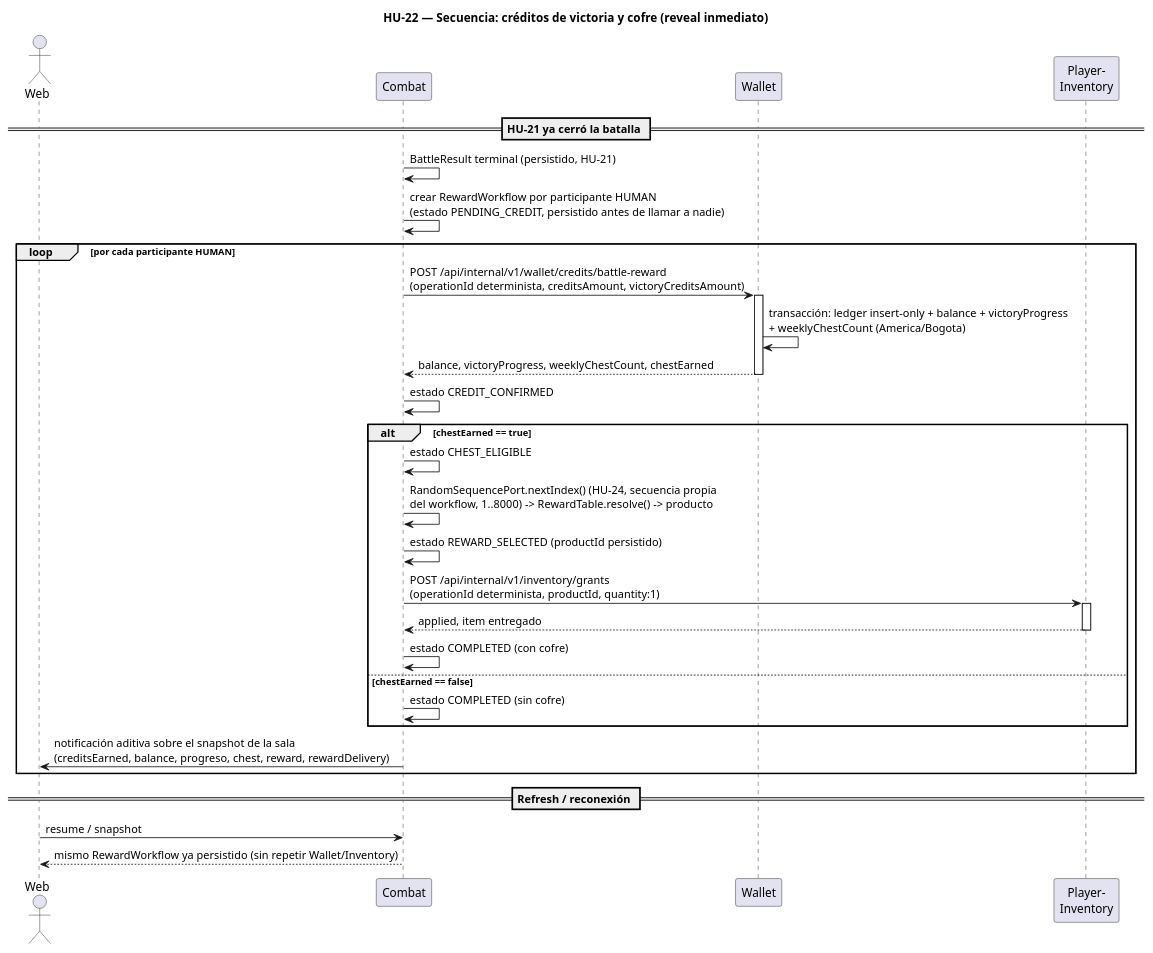
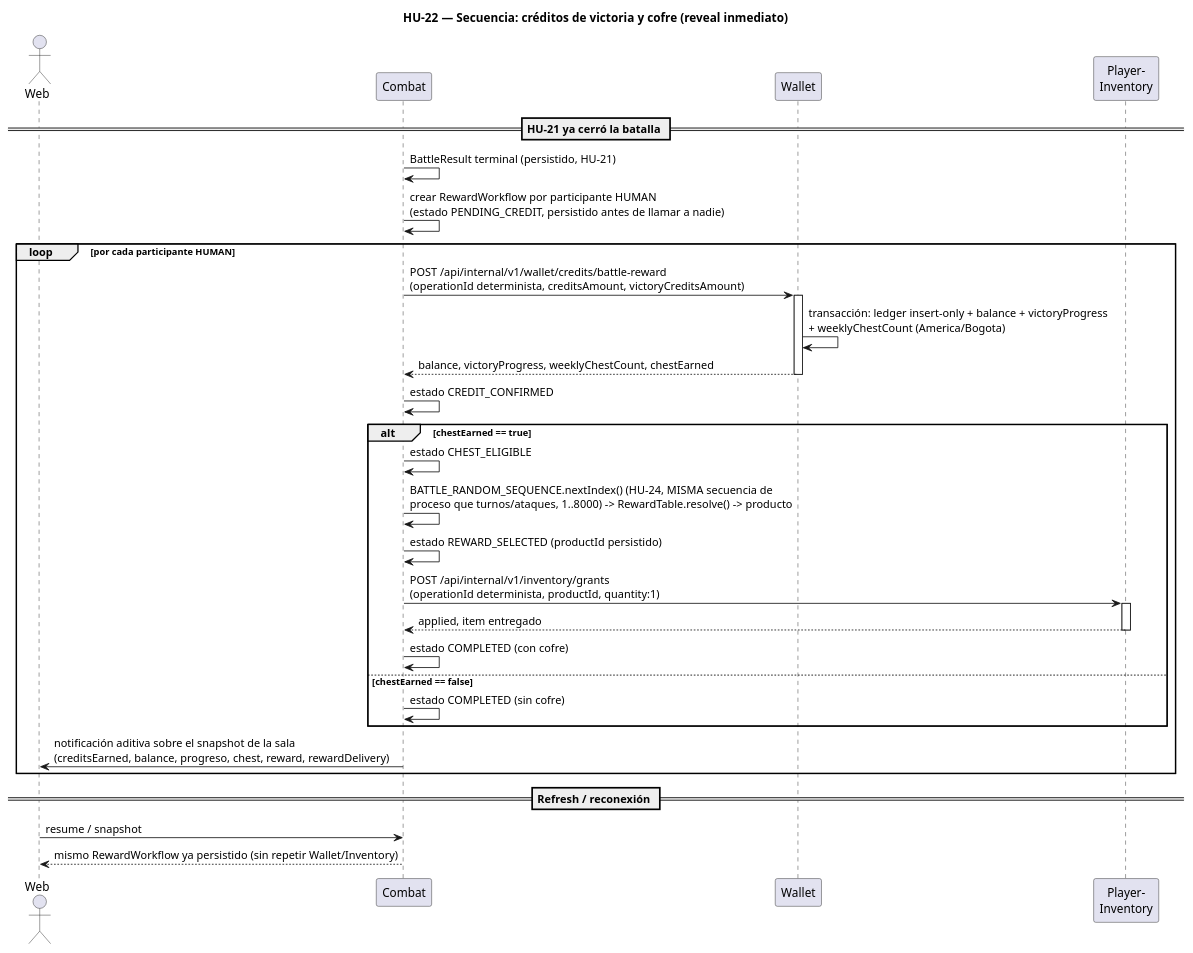
One commit to Nexus-Battle-VI/Nexus-Battle-Infrastructure changed the diagram in docs/diagrams/hu-22-sequence-reward.puml. Above: the diagram before and after it, drawn with PlantUML. The commit also changed 2 other files, not shown here.

Commit message:
docs(rewards): [HU-22] el cofre reutiliza la secuencia de proceso, no una propia
Seguí auditando antes de escribir código en Combat: app.module.ts prueba que
NO hay una secuencia por batalla ni por agregado. Existe una unica
BATTLE_RANDOM_SEQUENCE de PROCESO, sembrada una vez al arrancar (HU-26,
COMBAT_RANDOM_SEED), que ya inyectan ExecuteBasicAttack y UseSkill por igual.
"Secuencia propia del RewardWorkflow con su propia semilla derivada" (version
anterior de este contrato) no existe en el código real y además contradice
el requisito de HU-24 de UN generador centralizado. HU-22 reutiliza esa
misma instancia inyectada.

Refs Nexus-Battle-VI/Nexus-Battle-Management#69
Refs Nexus-Battle-VI/Nexus-Battle-Management#427

```diff
--- a/docs/diagrams/hu-22-sequence-reward.puml
+++ b/docs/diagrams/hu-22-sequence-reward.puml
@@ -1,41 +1,41 @@
 @startuml hu-22-sequence-reward
 title HU-22 — Secuencia: créditos de victoria y cofre (reveal inmediato)
 
 actor Web
 participant Combat
 participant Wallet
 participant "Player-\nInventory" as Inventory
 
 == HU-21 ya cerró la batalla ==
 Combat -> Combat : BattleResult terminal (persistido, HU-21)
 Combat -> Combat : crear RewardWorkflow por participante HUMAN\n(estado PENDING_CREDIT, persistido antes de llamar a nadie)
 
 loop por cada participante HUMAN
   Combat -> Wallet : POST /api/internal/v1/wallet/credits/battle-reward\n(operationId determinista, creditsAmount, victoryCreditsAmount)
   activate Wallet
   Wallet -> Wallet : transacción: ledger insert-only + balance + victoryProgress\n+ weeklyChestCount (America/Bogota)
   Wallet --> Combat : balance, victoryProgress, weeklyChestCount, chestEarned
   deactivate Wallet
   Combat -> Combat : estado CREDIT_CONFIRMED
 
   alt chestEarned == true
     Combat -> Combat : estado CHEST_ELIGIBLE
-    Combat -> Combat : RandomSequencePort.nextIndex() (HU-24, secuencia propia\ndel workflow, 1..8000) -> RewardTable.resolve() -> producto
+    Combat -> Combat : BATTLE_RANDOM_SEQUENCE.nextIndex() (HU-24, MISMA secuencia de\nproceso que turnos/ataques, 1..8000) -> RewardTable.resolve() -> producto
     Combat -> Combat : estado REWARD_SELECTED (productId persistido)
     Combat -> Inventory : POST /api/internal/v1/inventory/grants\n(operationId determinista, productId, quantity:1)
     activate Inventory
     Inventory --> Combat : applied, item entregado
     deactivate Inventory
     Combat -> Combat : estado COMPLETED (con cofre)
   else chestEarned == false
     Combat -> Combat : estado COMPLETED (sin cofre)
   end
 
   Combat -> Web : notificación aditiva sobre el snapshot de la sala\n(creditsEarned, balance, progreso, chest, reward, rewardDelivery)
 end
 
 == Refresh / reconexión ==
 Web -> Combat : resume / snapshot
 Combat --> Web : mismo RewardWorkflow ya persistido (sin repetir Wallet/Inventory)
 
 @enduml
```
